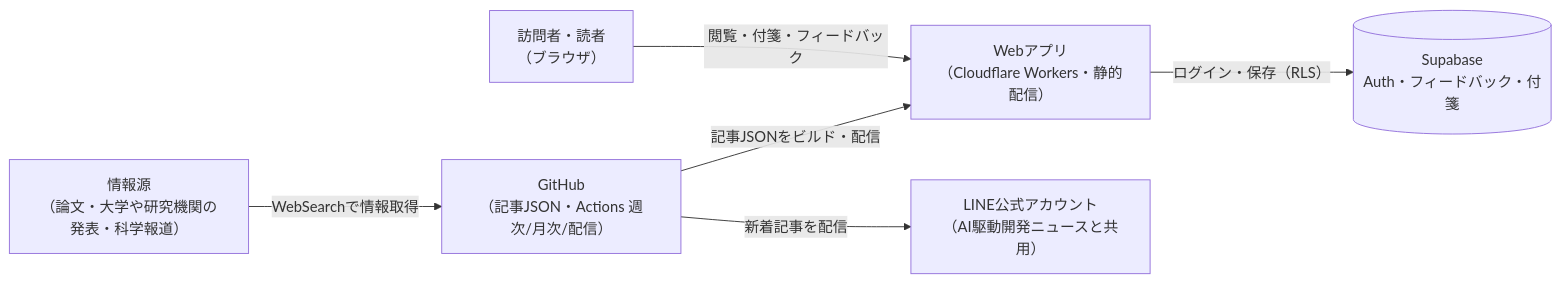
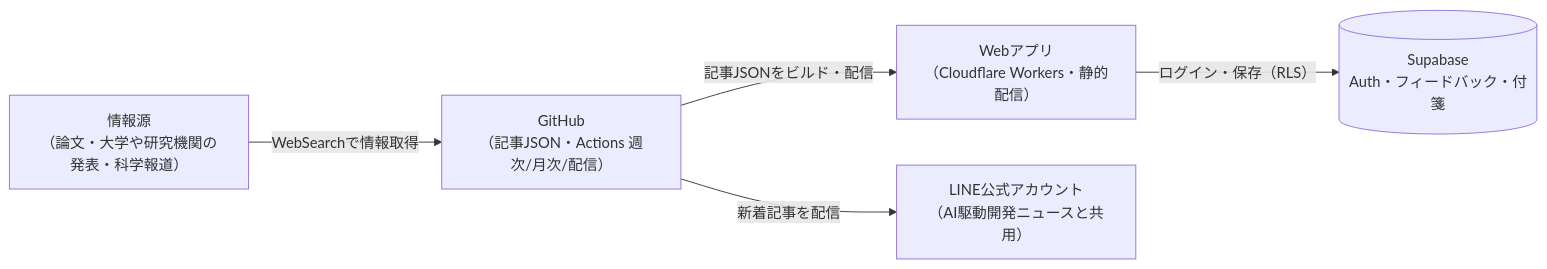
Before and after one commit to zakiyama0108/benriyatool: the second of 4 diagrams in specs/research-digest/architecture.md, drawn with Mermaid. The commit also changed other lines of this file and 1 other file, not shown here.

First line of the commit message:
docs(future-digest, research-digest): architecture.mdにサマリ・コンテキスト図・ER図・コンポーネント図等を追加

````diff
--- a/specs/research-digest/architecture.md
+++ b/specs/research-digest/architecture.md
@@ -18,15 +43,13 @@
 ```mermaid
 flowchart LR
-    readers["訪問者・読者<br>（ブラウザ）"]
     webapp["Webアプリ<br>（Cloudflare Workers・静的配信）"]
     supabase[("Supabase<br>Auth・フィードバック・付箋")]
     github["GitHub<br>（記事JSON・Actions 週次/月次/配信）"]
     sources["情報源<br>（論文・大学や研究機関の発表・科学報道）"]
     line["LINE公式アカウント<br>（AI駆動開発ニュースと共用）"]
 
-    readers -->|閲覧・付箋・フィードバック| webapp
     webapp -->|ログイン・保存（RLS）| supabase
     github -->|記事JSONをビルド・配信| webapp
     sources -->|WebSearchで情報取得| github
     github -->|新着記事を配信| line
 ```
````
